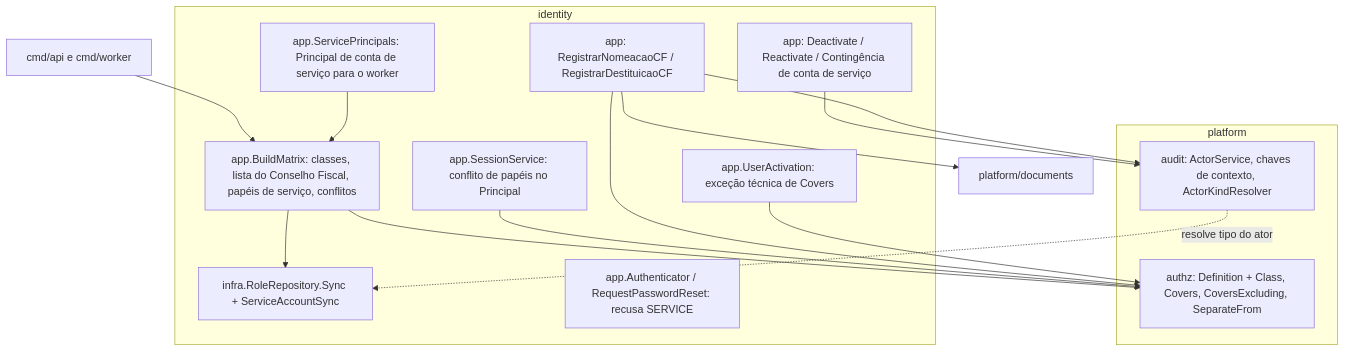
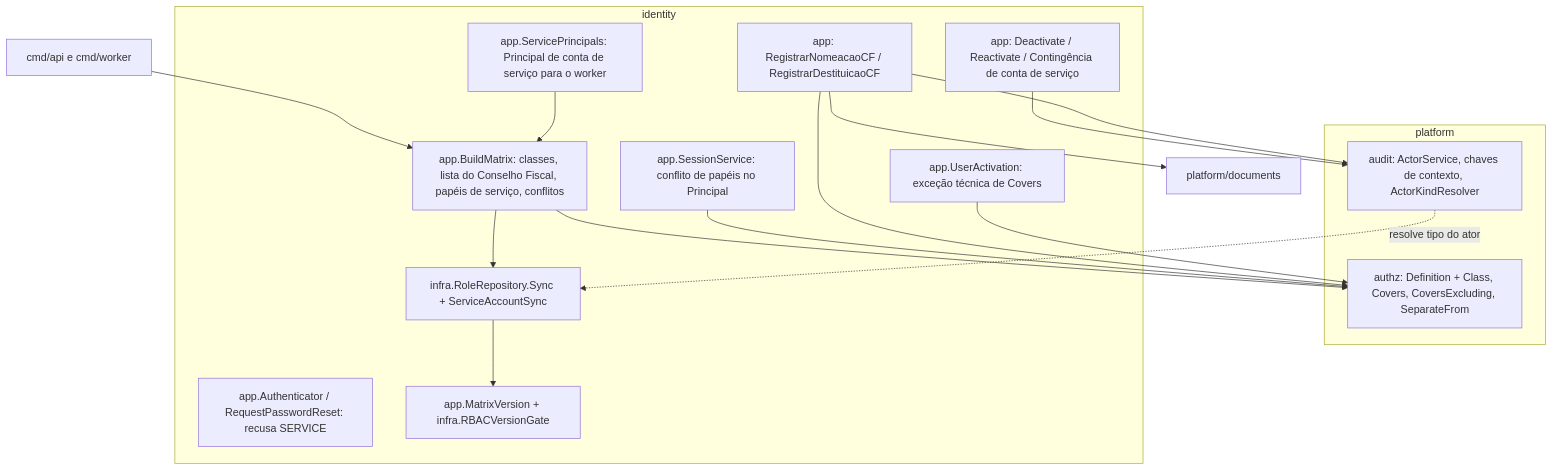
One commit to antoniobt12062002/torcida-jovem-platform changed the first of 3 diagrams in .specs/features/tj-connect/design/02-identity-governanca.md. Above: the diagram before and after it, drawn with Mermaid. The commit also changed other lines of this file and 7 other files, not shown here.

````diff
--- a/.specs/features/tj-connect/design/02-identity-governanca.md
+++ b/.specs/features/tj-connect/design/02-identity-governanca.md
@@ -30,29 +30,31 @@
 ```mermaid
 graph TD
   subgraph platform
     AZ[authz: Definition + Class, Covers, CoversExcluding, SeparateFrom]
     AU[audit: ActorService, chaves de contexto, ActorKindResolver]
   end
   subgraph identity
     BM[app.BuildMatrix: classes, lista do Conselho Fiscal, papéis de serviço, conflitos]
     SY[infra.RoleRepository.Sync + ServiceAccountSync]
     SS[app.SessionService: conflito de papéis no Principal]
     LG[app.Authenticator / RequestPasswordReset: recusa SERVICE]
     SA[app: Deactivate / Reactivate / Contingência de conta de serviço]
     IA[app: RegistrarNomeacaoCF / RegistrarDestituicaoCF]
     UA[app.UserActivation: exceção técnica de Covers]
     SP[app.ServicePrincipals: Principal de conta de serviço para o worker]
+    RV[app.MatrixVersion + infra.RBACVersionGate]
   end
   DOC[platform/documents]
   CMD[cmd/api e cmd/worker]
   CMD --> BM --> SY
+  SY --> RV
   BM --> AZ
   SS --> AZ
   IA --> AZ
   IA --> DOC
   UA --> AZ
   SA --> AU
   IA --> AU
   SP --> BM
   AU -. resolve tipo do ator .-> SY
 ```
````
